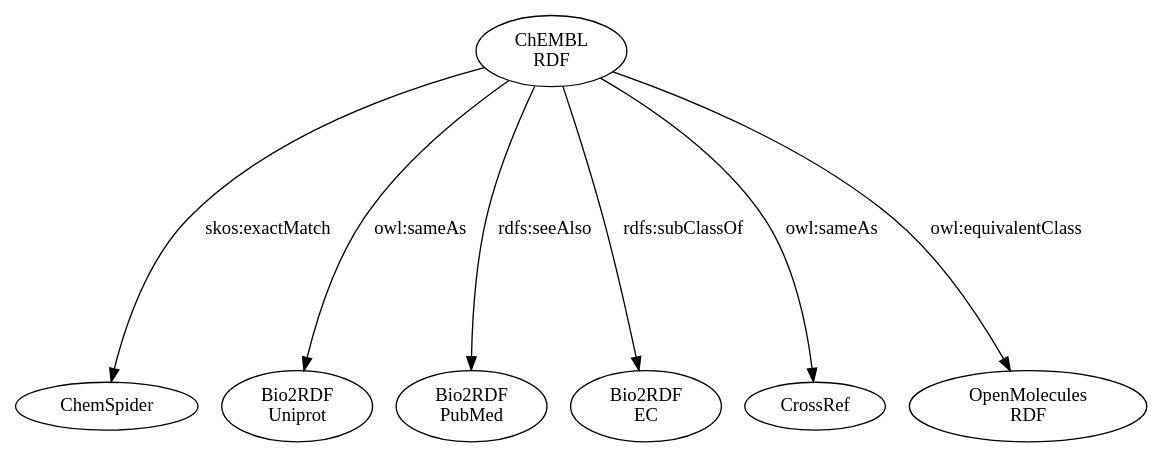
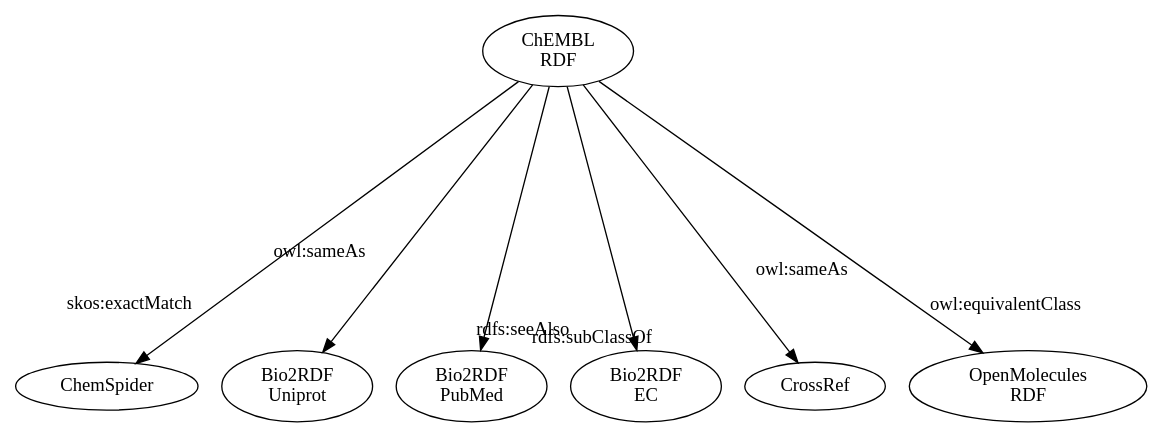
The diagram in figs/lodgraph.dot (egonw/chembl-rdf-paper), drawn with Graphviz before and after one commit.

Commit message:
Made sure the edge labels are besides the edges

```diff
--- a/figs/lodgraph.dot
+++ b/figs/lodgraph.dot
@@ -1,23 +1,23 @@
 
 digraph G {
 
   root = chembl ;
   overlap = false ;
   ranksep = 2.75 ;
 
   chembl [label="ChEMBL\nRDF"];
   chemspider [label="ChemSpider"];
   bio2rdfuniprot [label="Bio2RDF\nUniprot"];
   bio2rdfpubmed [label="Bio2RDF\nPubMed"];
   bio2rdfec [label="Bio2RDF\nEC"];
   crossref [label="CrossRef"];
   ron [label="OpenMolecules\nRDF"];
 
-  chembl -> chemspider [label="skos:exactMatch"];
-  chembl -> bio2rdfuniprot [label="owl:sameAs"];
-  chembl -> bio2rdfpubmed [label="rdfs:seeAlso"];
-  chembl -> bio2rdfec [label="rdfs:subClassOf"];
-  chembl -> crossref [label="owl:sameAs"];
-  chembl -> ron [label="owl:equivalentClass"];
+  chembl -> chemspider [headlabel="skos:exactMatch", labeldistance=4.5, labelangle=60];
+  chembl -> bio2rdfuniprot [headlabel="owl:sameAs", labeldistance=7.5, labelangle=40];
+  chembl -> bio2rdfpubmed [headlabel="rdfs:seeAlso", labeldistance=3.5, labelangle=-50];
+  chembl -> bio2rdfec [headlabel="rdfs:subClassOf", labeldistance=3.5, labelangle=60];
+  chembl -> crossref [headlabel="owl:sameAs", labeldistance=7, labelangle=-40];
+  chembl -> ron [headlabel="owl:equivalentClass", labeldistance=4, labelangle=-80];
 
 }
```
